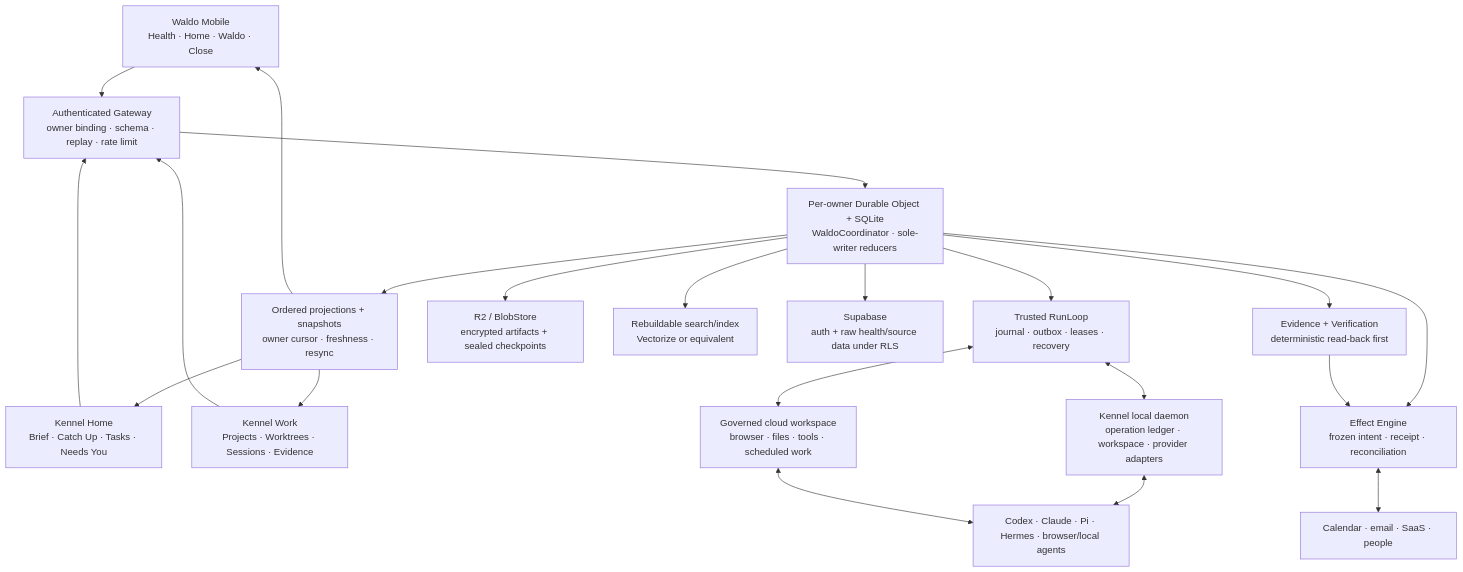
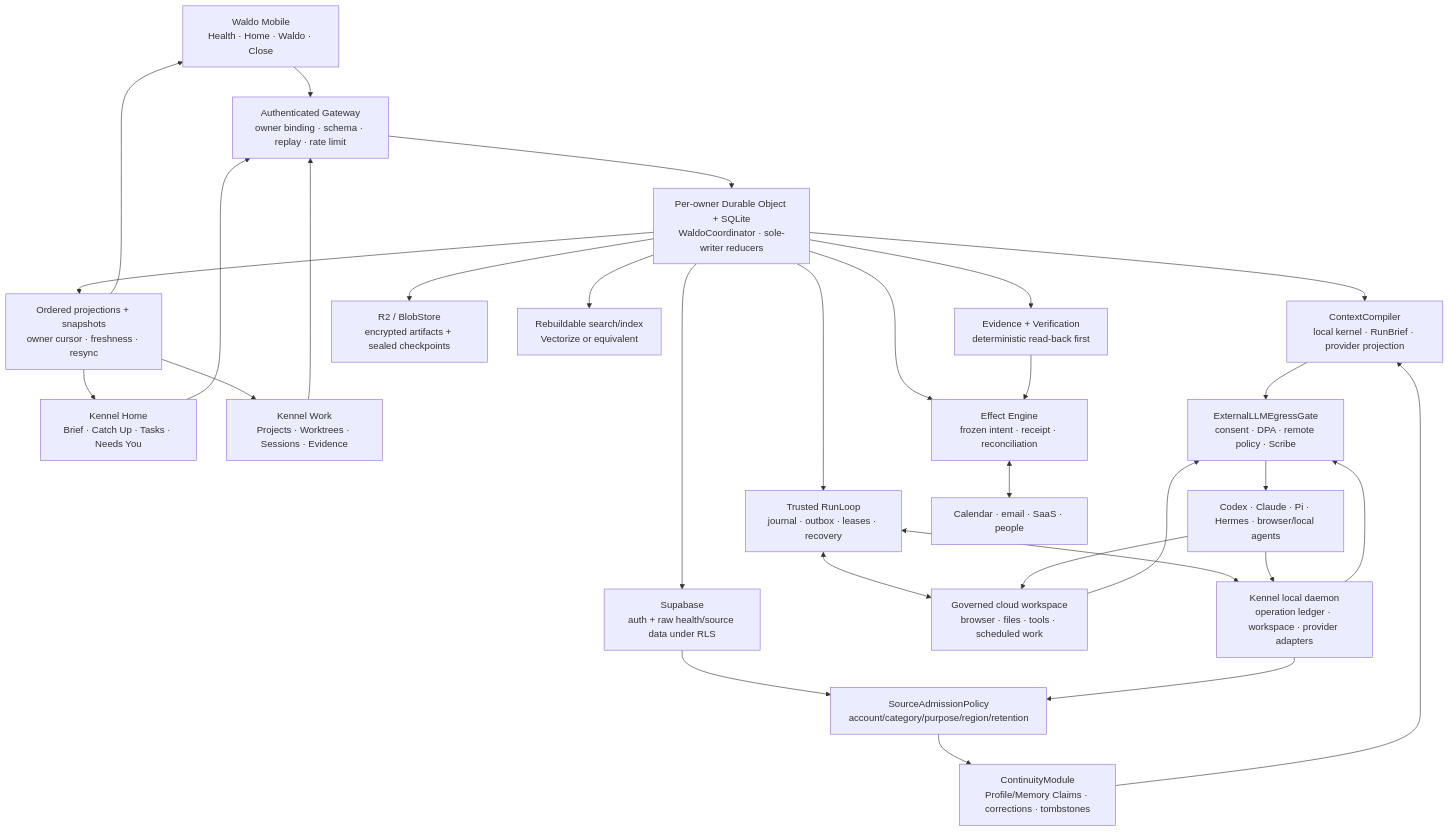
Before and after one commit to waldoco/waldo-backend: the second of 2 diagrams in docs/planning/WALDO_PRODUCT_ARCHITECTURE_CONVERGENCE_2026-08-11.md, drawn with Mermaid. The commit also changed other lines of this file and 8 other files, not shown here.

Commit message:
docs: converge personal understanding architecture (why: preserve source admission and egress boundaries)

````diff
--- a/docs/planning/WALDO_PRODUCT_ARCHITECTURE_CONVERGENCE_2026-08-11.md
+++ b/docs/planning/WALDO_PRODUCT_ARCHITECTURE_CONVERGENCE_2026-08-11.md
@@ -310,40 +323,53 @@
 ```mermaid
 flowchart TB
   Mobile["Waldo Mobile\nHealth · Home · Waldo · Close"]
   KennelHome["Kennel Home\nBrief · Catch Up · Tasks · Needs You"]
   KennelWork["Kennel Work\nProjects · Worktrees · Sessions · Evidence"]
   Gateway["Authenticated Gateway\nowner binding · schema · replay · rate limit"]
   Root["Per-owner Durable Object + SQLite\nWaldoCoordinator · sole-writer reducers"]
+  Admission["SourceAdmissionPolicy\naccount/category/purpose/region/retention"]
+  Profile["ContinuityModule\nProfile/Memory Claims · corrections · tombstones"]
+  Context["ContextCompiler\nlocal kernel · RunBrief · provider projection"]
+  Egress["ExternalLLMEgressGate\nconsent · DPA · remote policy · Scribe"]
   Proj["Ordered projections + snapshots\nowner cursor · freshness · resync"]
   Kernel["Trusted RunLoop\njournal · outbox · leases · recovery"]
   Verify["Evidence + Verification\ndeterministic read-back first"]
   Effects["Effect Engine\nfrozen intent · receipt · reconciliation"]
   KennelRuntime["Kennel local daemon\noperation ledger · workspace · provider adapters"]
   CloudRuntime["Governed cloud workspace\nbrowser · files · tools · scheduled work"]
   Providers["Codex · Claude · Pi · Hermes · browser/local agents"]
   Connectors["Calendar · email · SaaS · people"]
   R2["R2 / BlobStore\nencrypted artifacts + sealed checkpoints"]
   Search["Rebuildable search/index\nVectorize or equivalent"]
   Supabase["Supabase\nauth + raw health/source data under RLS"]
 
   Mobile --> Gateway
   KennelHome --> Gateway
   KennelWork --> Gateway
   Gateway --> Root
+  Supabase --> Admission
+  KennelRuntime --> Admission
+  Admission --> Profile
+  Profile --> Context
+  Root --> Context
+  Context --> Egress
+  Egress --> Providers
   Root --> Proj
   Proj --> Mobile
   Proj --> KennelHome
   Proj --> KennelWork
   Root --> Kernel
   Kernel <--> KennelRuntime
   Kernel <--> CloudRuntime
-  KennelRuntime <--> Providers
-  CloudRuntime <--> Providers
+  KennelRuntime --> Egress
+  CloudRuntime --> Egress
+  Providers --> KennelRuntime
+  Providers --> CloudRuntime
   Root --> Effects
   Effects <--> Connectors
   Root --> Verify
   Verify --> Effects
   Root --> R2
   Root --> Search
   Root --> Supabase
 ```
````
